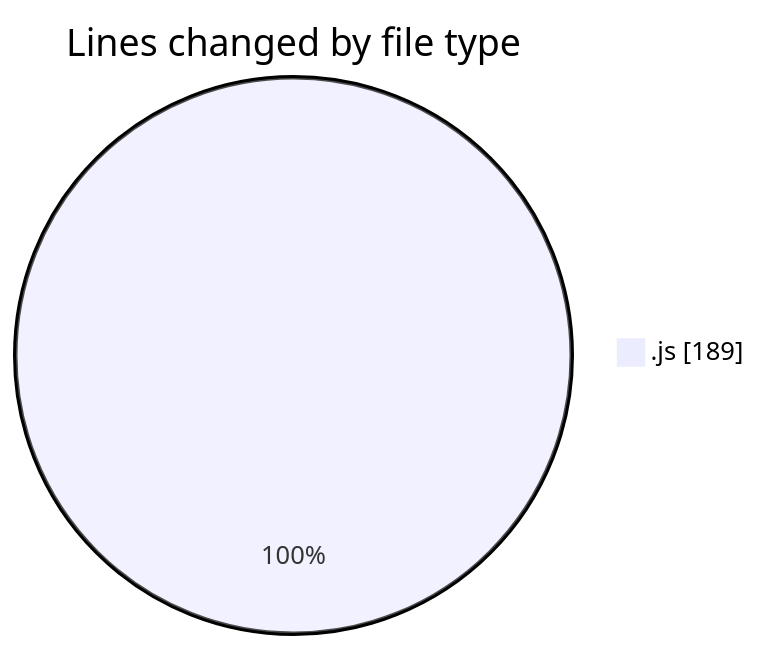
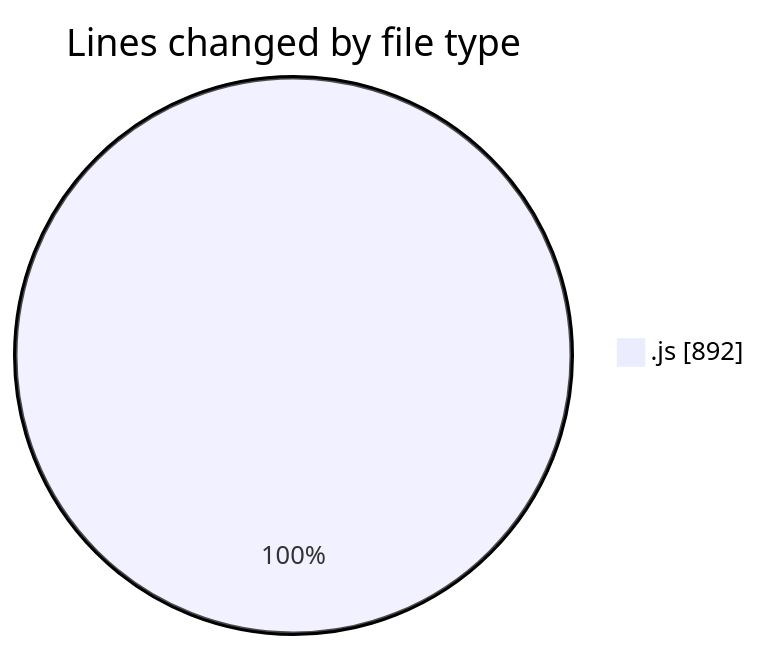
Before and after one commit to Ritupan-Deka/code-tracking: the first of 2 diagrams in 2025-08-04/javascript/README.md, drawn with Mermaid. The commit also changed other lines of this file and 1 other file, not shown here.

````diff
--- a/2025-08-04/javascript/README.md
+++ b/2025-08-04/javascript/README.md
@@ -20,5 +20,5 @@
 ```mermaid
 pie showData
 title Lines changed by file type
-".js" : 189
+".js" : 892
 ```
````
